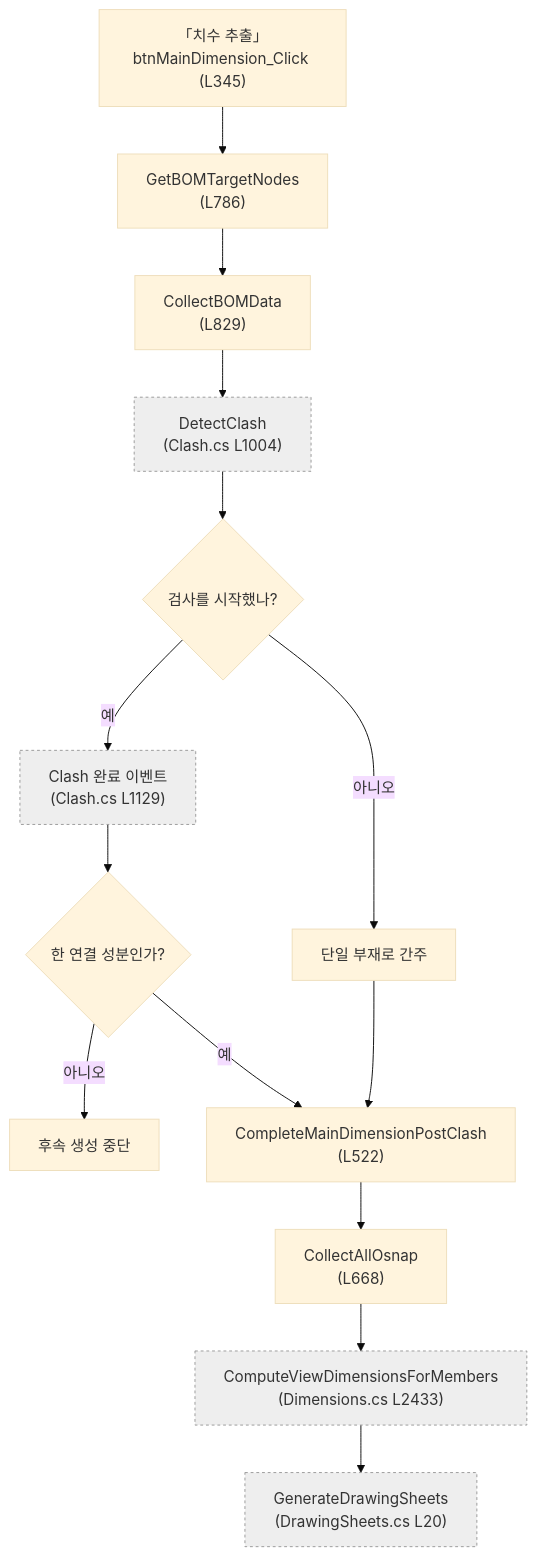
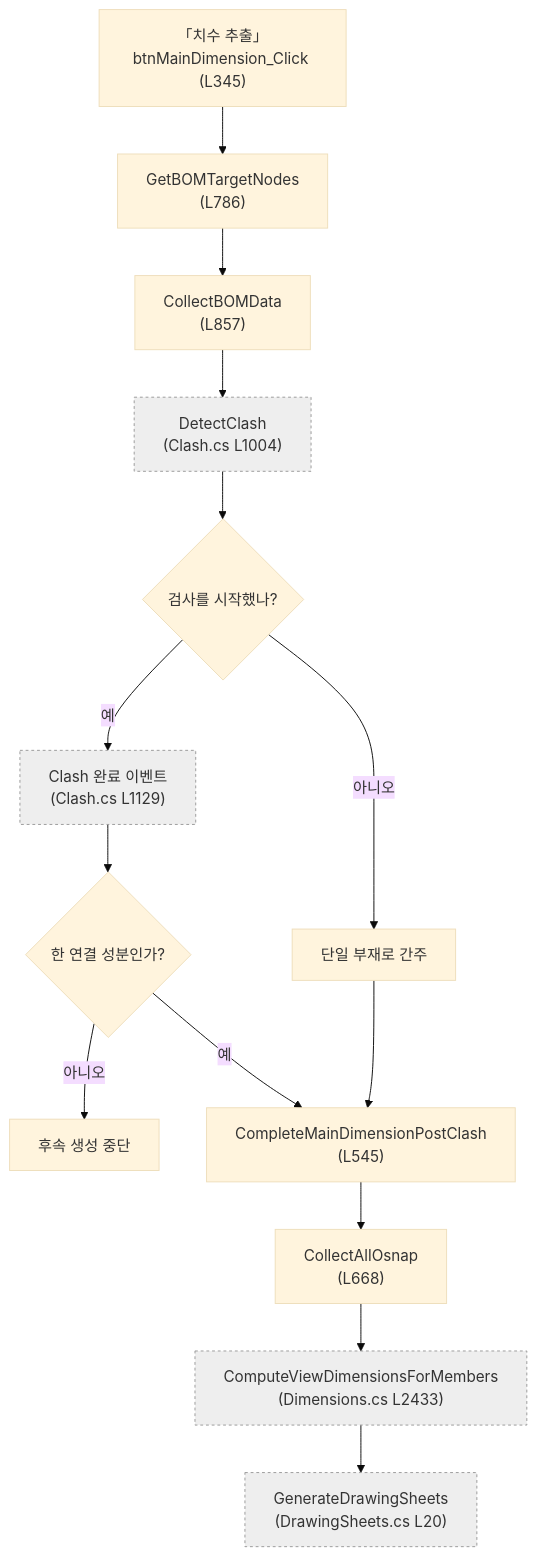
Before and after one commit to uuuuj/a2z: the second of 2 diagrams in docs/코드분석/파일별/Form1.BOM.md, drawn with Mermaid (base theme). The commit also changed other lines of this file and 13 other files, not shown here.

````diff
--- a/docs/코드분석/파일별/Form1.BOM.md
+++ b/docs/코드분석/파일별/Form1.BOM.md
@@ -57,17 +57,17 @@
 ```mermaid
 flowchart TD
     A["「치수 추출」<br/>btnMainDimension_Click (L345)"] --> B["GetBOMTargetNodes<br/>(L786)"]
-    B --> C["CollectBOMData<br/>(L829)"]
+    B --> C["CollectBOMData<br/>(L857)"]
     C --> D["DetectClash<br/>(Clash.cs L1004)"]:::other
     D --> E{"검사를 시작했나?"}
     E -- 예 --> F["Clash 완료 이벤트<br/>(Clash.cs L1129)"]:::other
     E -- 아니오 --> G["단일 부재로 간주"]
     F --> H{"한 연결 성분인가?"}
     H -- 아니오 --> I["후속 생성 중단"]
-    H -- 예 --> J["CompleteMainDimensionPostClash<br/>(L522)"]
+    H -- 예 --> J["CompleteMainDimensionPostClash<br/>(L545)"]
     G --> J
     J --> K["CollectAllOsnap<br/>(L668)"]
     K --> L["ComputeViewDimensionsForMembers<br/>(Dimensions.cs L2433)"]:::other
     L --> M["GenerateDrawingSheets<br/>(DrawingSheets.cs L20)"]:::other
     classDef other fill:#eee,stroke:#999,stroke-dasharray:3
 ```
````
